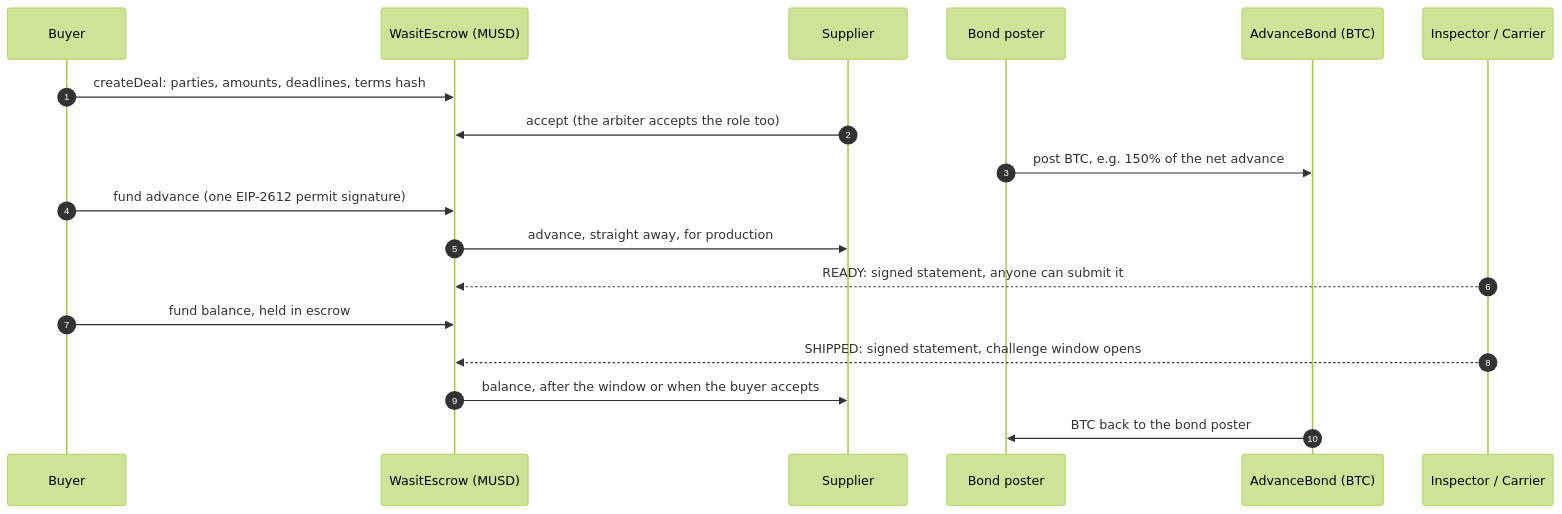
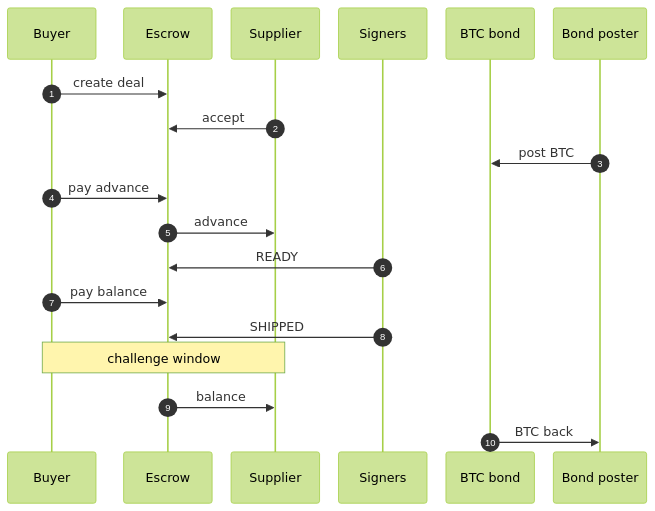
Before and after one commit to farouk-allani/wasit: the first of 2 diagrams in README.md, drawn with Mermaid (forest theme). The commit also changed other lines of this file, not shown here.

Commit message:
docs: readme diagrams readable at GitHub's width, steps spelled out

````diff
--- a/README.md
+++ b/README.md
@@ -71,20 +71,22 @@
 ```mermaid
+%%{init: {'sequence': {'actorMargin': 24, 'width': 112, 'boxMargin': 6}}}%%
 sequenceDiagram
     autonumber
     participant B as Buyer
-    participant E as WasitEscrow (MUSD)
+    participant E as Escrow
     participant S as Supplier
+    participant I as Signers
+    participant K as BTC bond
     participant A as Bond poster
-    participant K as AdvanceBond (BTC)
-    participant I as Inspector / Carrier
-    B->>E: createDeal: parties, amounts, deadlines, terms hash
-    S->>E: accept (the arbiter accepts the role too)
-    A->>K: post BTC, e.g. 150% of the net advance
-    B->>E: fund advance (one EIP-2612 permit signature)
-    E->>S: advance, straight away, for production
-    I-->>E: READY: signed statement, anyone can submit it
-    B->>E: fund balance, held in escrow
-    I-->>E: SHIPPED: signed statement, challenge window opens
-    E->>S: balance, after the window or when the buyer accepts
-    K->>A: BTC back to the bond poster
+    B->>E: create deal
+    S->>E: accept
+    A->>K: post BTC
+    B->>E: pay advance
+    E->>S: advance
+    I->>E: READY
+    B->>E: pay balance
+    I->>E: SHIPPED
+    Note over B,S: challenge window
+    E->>S: balance
+    K->>A: BTC back
 ```
````
